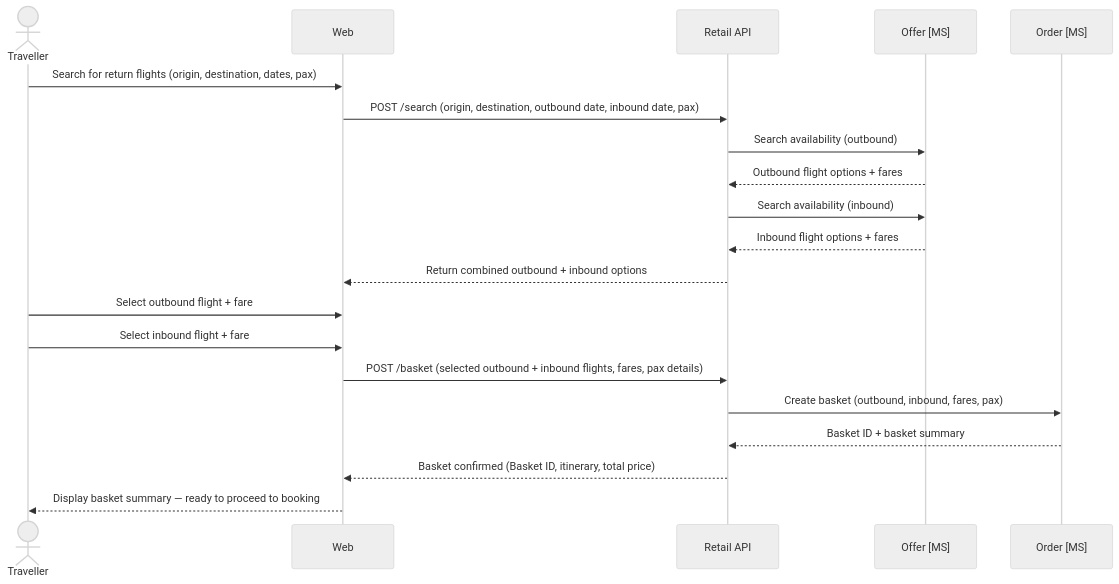
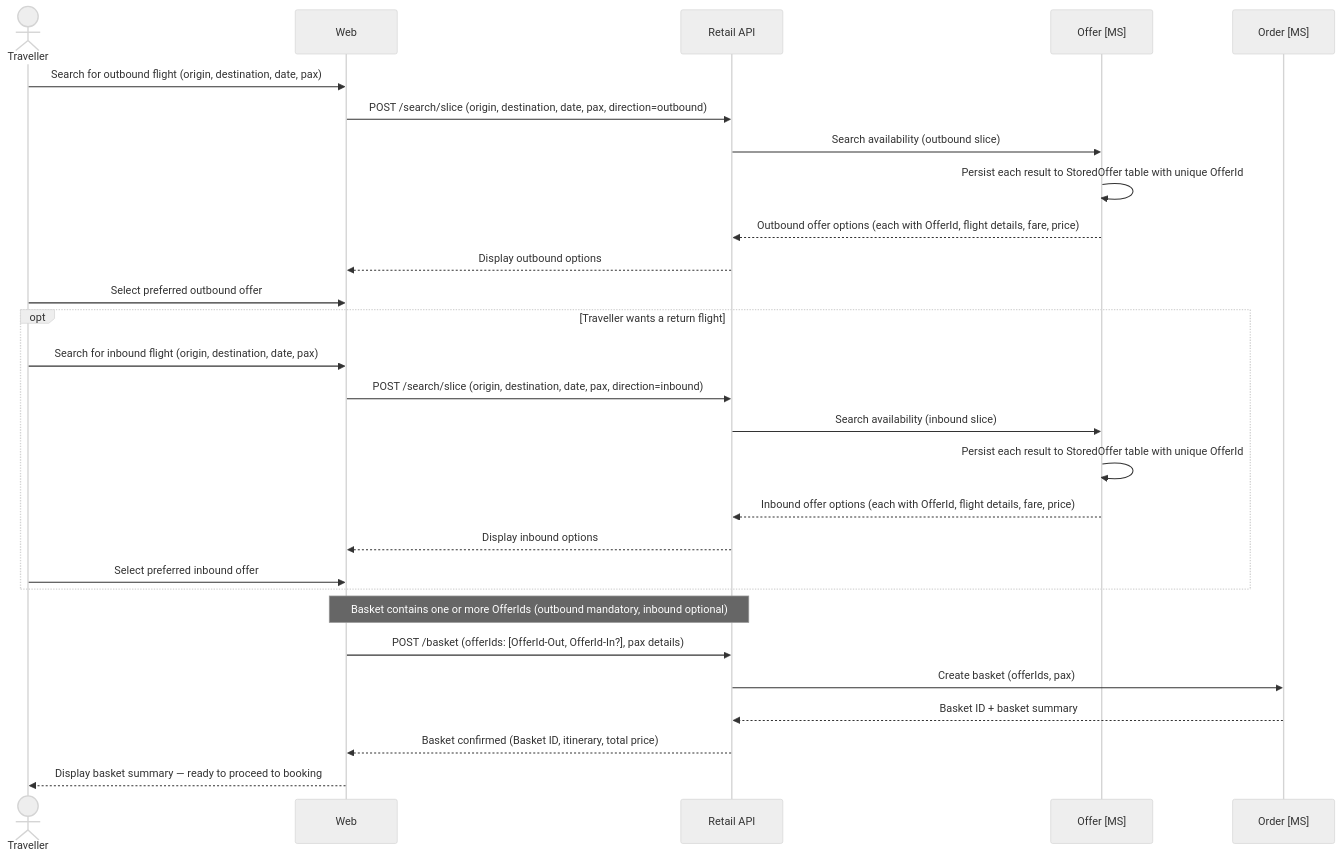
The second of 7 diagrams in architecture/design.md (sebharvey/airline-reservation-system), drawn with Mermaid (neutral theme) before and after one commit. The commit also changed other lines of this file, not shown here.

````diff
--- a/architecture/design.md
+++ b/architecture/design.md
@@ -149,32 +153,36 @@
 ```mermaid
 sequenceDiagram
     actor Traveller
     participant Web
     participant RetailAPI as Retail API
     participant OfferMS as Offer [MS]
     participant OrderMS as Order [MS]
 
-    Traveller->>Web: Search for return flights (origin, destination, dates, pax)
+    Traveller->>Web: Search for outbound flight (origin, destination, date, pax)
 
-    Web->>RetailAPI: POST /search (origin, destination, outbound date, inbound date, pax)
+    Web->>RetailAPI: POST /search/slice (origin, destination, date, pax, direction=outbound)
+    RetailAPI->>OfferMS: Search availability (outbound slice)
+    OfferMS->>OfferMS: Persist each result to StoredOffer table with unique OfferId
+    OfferMS-->>RetailAPI: Outbound offer options (each with OfferId, flight details, fare, price)
+    RetailAPI-->>Web: Display outbound options
 
-    RetailAPI->>OfferMS: Search availability (outbound)
-    OfferMS-->>RetailAPI: Outbound flight options + fares
+    Traveller->>Web: Select preferred outbound offer
 
-    RetailAPI->>OfferMS: Search availability (inbound)
-    OfferMS-->>RetailAPI: Inbound flight options + fares
+    opt Traveller wants a return flight
+        Traveller->>Web: Search for inbound flight (origin, destination, date, pax)
+        Web->>RetailAPI: POST /search/slice (origin, destination, date, pax, direction=inbound)
+        RetailAPI->>OfferMS: Search availability (inbound slice)
+        OfferMS->>OfferMS: Persist each result to StoredOffer table with unique OfferId
+        OfferMS-->>RetailAPI: Inbound offer options (each with OfferId, flight details, fare, price)
+        RetailAPI-->>Web: Display inbound options
+        Traveller->>Web: Select preferred inbound offer
+    end
 
-    RetailAPI-->>Web: Return combined outbound + inbound options
+    Note over Web, RetailAPI: Basket contains one or more OfferIds (outbound mandatory, inbound optional)
 
-    Traveller->>Web: Select outbound flight + fare
-    Traveller->>Web: Select inbound flight + fare
-
-    Web->>RetailAPI: POST /basket (selected outbound + inbound flights, fares, pax details)
-
-    RetailAPI->>OrderMS: Create basket (outbound, inbound, fares, pax)
+    Web->>RetailAPI: POST /basket (offerIds: [OfferId-Out, OfferId-In?], pax details)
+    RetailAPI->>OrderMS: Create basket (offerIds, pax)
     OrderMS-->>RetailAPI: Basket ID + basket summary
-
     RetailAPI-->>Web: Basket confirmed (Basket ID, itinerary, total price)
-
     Web-->>Traveller: Display basket summary — ready to proceed to booking
 ```
````
